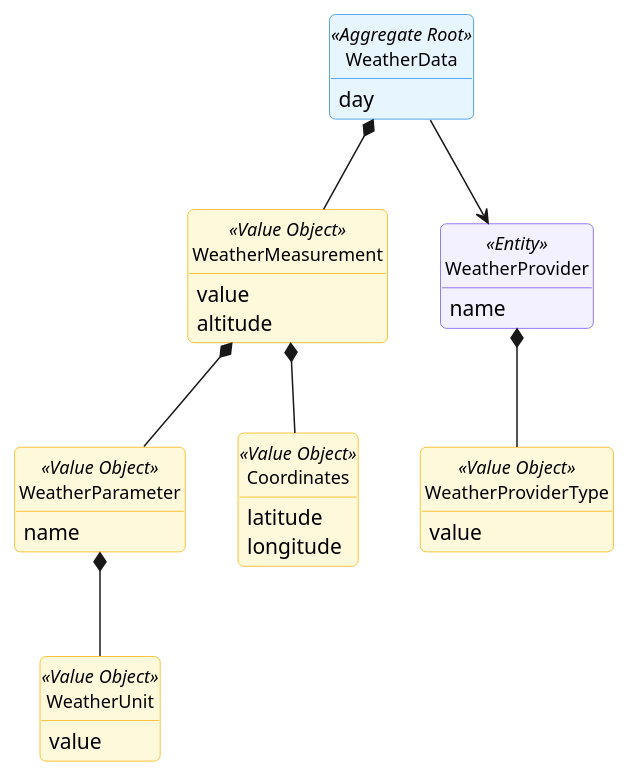
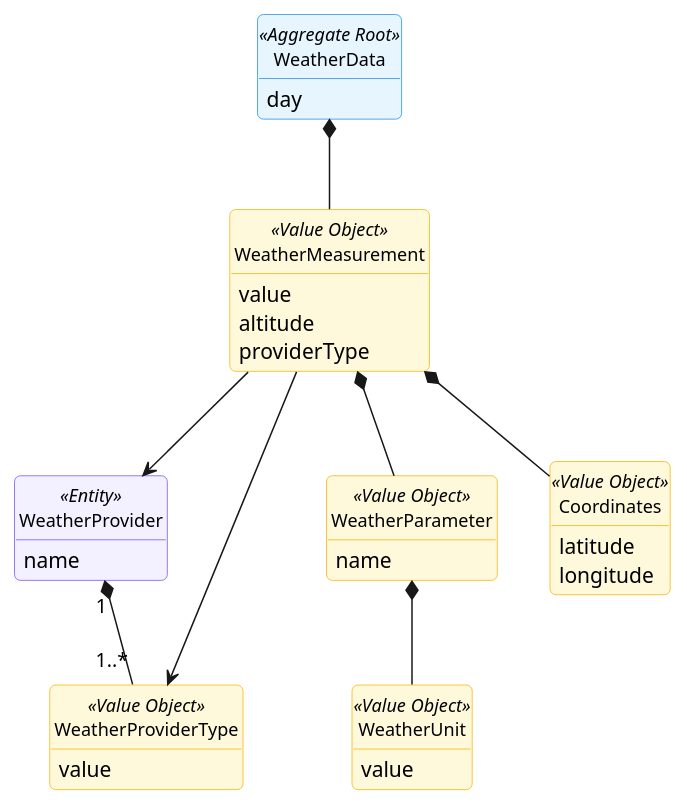
One commit to GustavoFerreira24/flight-management-platform changed the diagram in docs/global-artifacts/02.analysis/puml/Aggregates/WeatherDataAggregate.puml. Above: the diagram before and after it, drawn with PlantUML. The commit also changed 10 other files, not shown here.

Commit message:
Dm : Refactor FlightPlan and WeatherData aggregates: rename value objects for clarity and enhance WeatherMeasurement with providerType attribute. Update related documentation and diagrams. [#106]

```diff
--- a/docs/global-artifacts/02.analysis/puml/Aggregates/WeatherDataAggregate.puml
+++ b/docs/global-artifacts/02.analysis/puml/Aggregates/WeatherDataAggregate.puml
@@ -1,63 +1,65 @@
 @startuml
 skinparam {
     BackgroundColor white
     RoundCorner 8
     Shadowing false
     Handwritten false
     ClassAttributeIconSize 0
 
     ClassBackgroundColor white
     ClassBorderColor #495057
     ClassFontSize 12
 
     ClassBackgroundColor<<Aggregate Root>> #E7F5FF
     ClassBorderColor<<Aggregate Root>> #228BE6
 
     ClassBackgroundColor<<Value Object>> #FFF9DB
     ClassBorderColor<<Value Object>> #FAB005
 
     ClassBackgroundColor<<Entity>> #F3F0FF
     ClassBorderColor<<Entity>> #7950F2
 }
 hide circle
 hide methods
 
 class WeatherData <<Aggregate Root>> {
           day
     }
 
     class WeatherMeasurement <<Value Object>> {
         value
         altitude
+        providerType
     }
 
     class WeatherProvider <<Entity>> {
         name
     }
 
     class WeatherProviderType <<Value Object>> {
         value
     }
 
     class WeatherParameter <<Value Object>> {
         name
     }
 
     class WeatherUnit <<Value Object>> {
         value
     }
 
     class Coordinates <<Value Object>> {
             latitude
             longitude
     }
 
-    WeatherData --> WeatherProvider
     WeatherData *-- WeatherMeasurement
+    WeatherMeasurement --> WeatherProvider
+    WeatherMeasurement --> WeatherProviderType
     WeatherMeasurement *-- Coordinates
-    WeatherProvider *-- WeatherProviderType
+    WeatherProvider "1" *-- "1..*" WeatherProviderType
     WeatherMeasurement *-- WeatherParameter
     WeatherParameter *-- WeatherUnit
 
 
 @enduml
```
